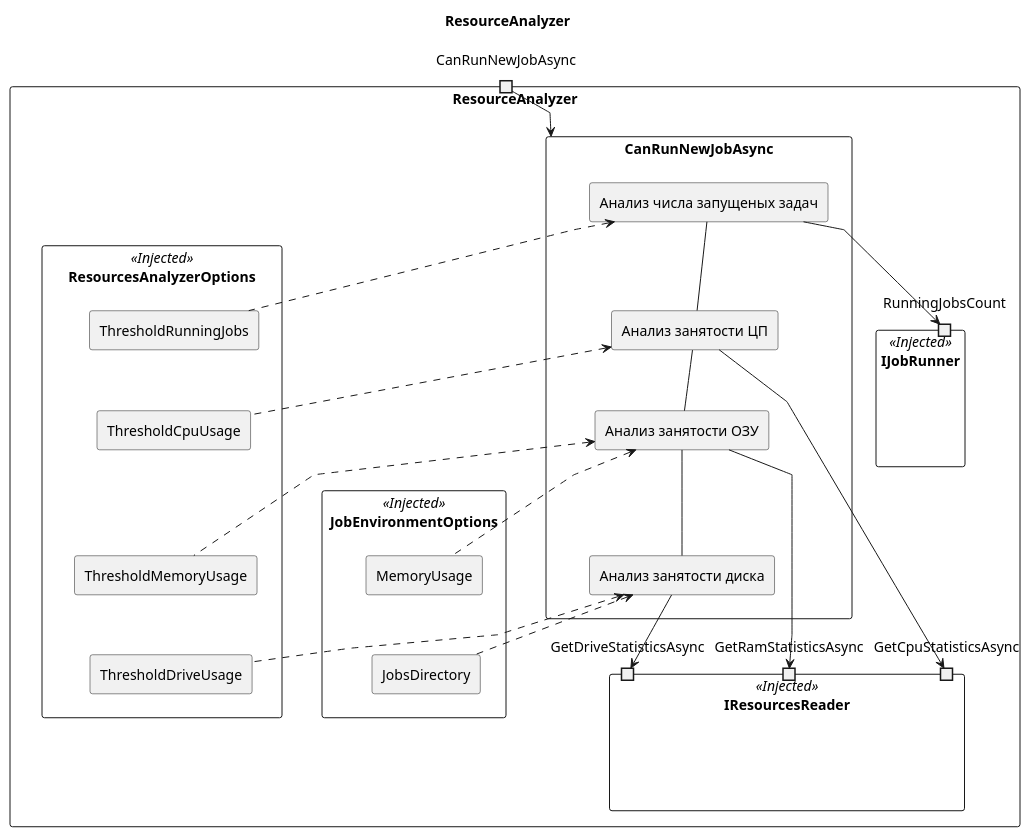
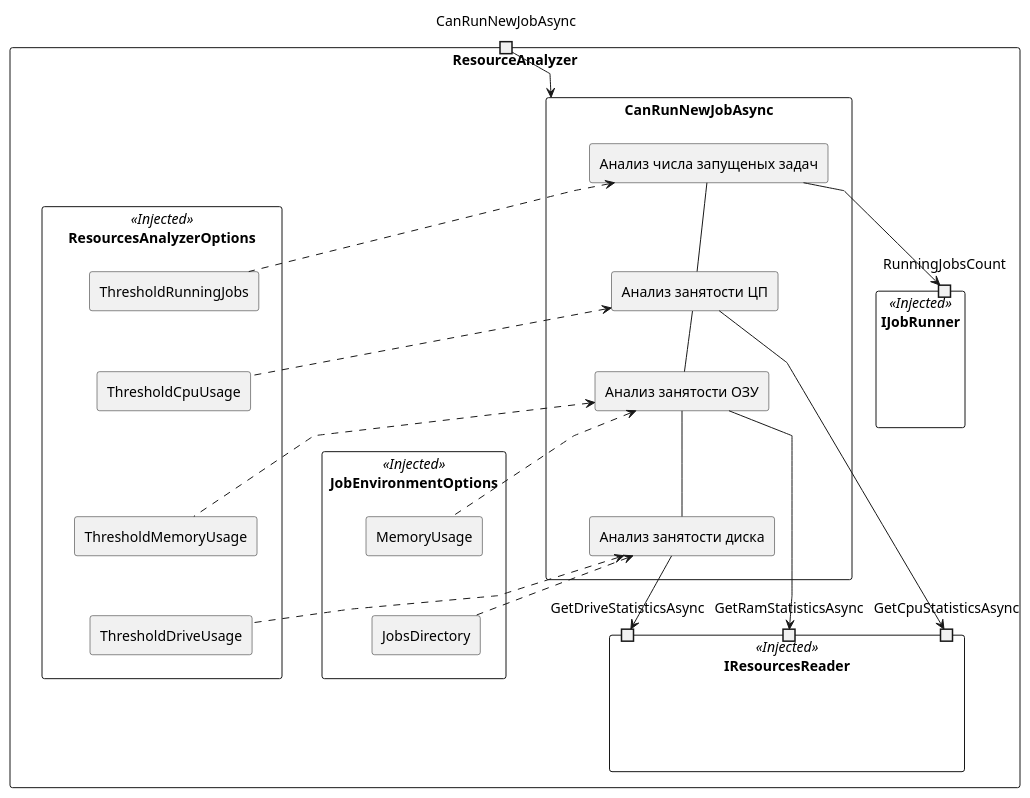
One commit to mrypdm/JobSystem changed the third of 7 diagrams in docs/diagrams/structure/Job.Worker.puml. Above: the diagram before and after it, drawn with PlantUML. The commit also changed other lines of this file and 8 other files, not shown here.

```diff
--- a/docs/diagrams/structure/Job.Worker.puml
+++ b/docs/diagrams/structure/Job.Worker.puml
@@ -129,65 +125,63 @@
 @startuml ResourceAnalyzer
 skinparam componentStyle rectangle
 skinparam linetype polyline
-
-title ResourceAnalyzer
 
 component ResourceAnalyzer {
     component IJobRunner << Injected >> as jobRunner {
         portin RunningJobsCount
     }
 
     component IResourcesReader << Injected >> as resourceReader {
         portin GetCpuStatisticsAsync
         portin GetRamStatisticsAsync
         portin GetDriveStatisticsAsync
     }
 
     component JobEnvironmentOptions << Injected >> as environmentOptions {
         [MemoryUsage]
         [JobsDirectory]
 
         MemoryUsage -[hidden]- JobsDirectory
     }
 
     component ResourcesAnalyzerOptions << Injected >> as analayzerOptions {
         [ThresholdRunningJobs]
         [ThresholdCpuUsage]
         [ThresholdMemoryUsage]
         [ThresholdDriveUsage]
 
         ThresholdRunningJobs -[hidden]- ThresholdCpuUsage
         ThresholdCpuUsage -[hidden]- ThresholdMemoryUsage
         ThresholdMemoryUsage -[hidden]- ThresholdDriveUsage
     }
 
     component CanRunNewJobAsync as analyzeResource {
         [Анализ числа запущеных задач] as analyzeJobsCount
         [Анализ занятости ЦП] as analyzeCpu
         [Анализ занятости ОЗУ] as analyzeRam
         [Анализ занятости диска] as analyzeDrive
         analyzeJobsCount -- analyzeCpu
         analyzeCpu -- analyzeRam
         analyzeRam -- analyzeDrive
 
         analyzeJobsCount --> RunningJobsCount
         analyzeRam --> GetRamStatisticsAsync
         analyzeDrive --> GetDriveStatisticsAsync
         analyzeCpu --> GetCpuStatisticsAsync
 
         analyzeJobsCount <.. ThresholdRunningJobs
         analyzeCpu <.. ThresholdCpuUsage
         analyzeRam <.. MemoryUsage
         analyzeRam <.. ThresholdMemoryUsage
         analyzeDrive <.. ThresholdDriveUsage
         analyzeDrive <.. JobsDirectory
     }
 
     environmentOptions -[hidden]- analyzeResource
     analayzerOptions -[hidden]- analyzeResource
 
     portin CanRunNewJobAsync
     CanRunNewJobAsync --> analyzeResource
 }
 
 @enduml
```
